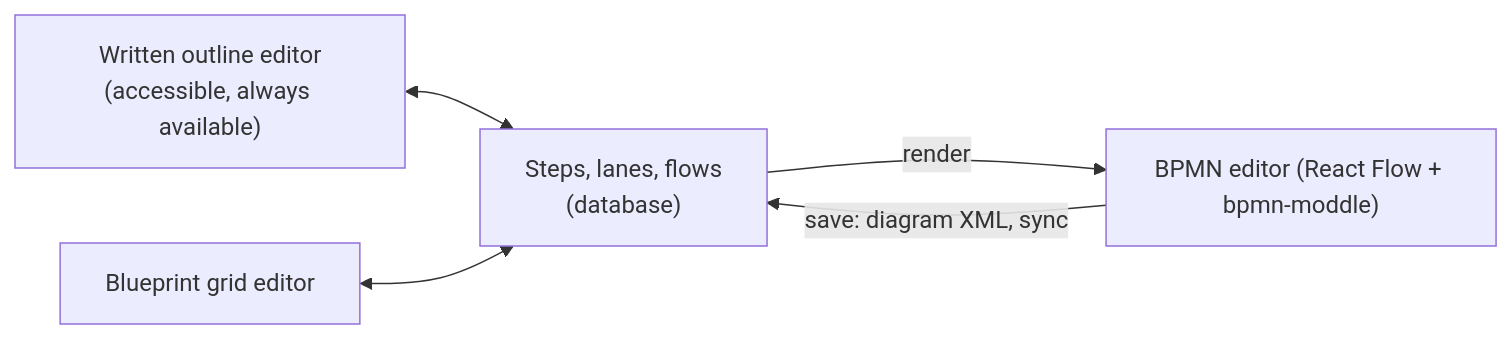
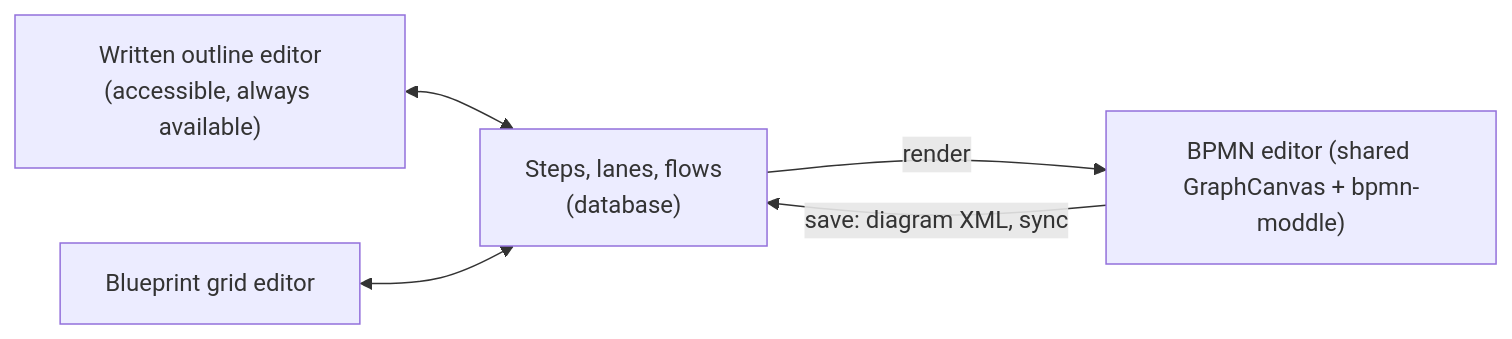
The third of 5 diagrams in docs/plans/module-16-workflow-capture-plan.md (ballardr/reqtrackmanager), drawn with Mermaid before and after one commit. The commit also changed other lines of this file and 784 other files, not shown here.

First line of the commit message:
Feature/system architecture diagrams (#75)

````diff
--- a/docs/plans/module-16-workflow-capture-plan.md
+++ b/docs/plans/module-16-workflow-capture-plan.md
@@ -107,7 +107,7 @@
 ```mermaid
 flowchart LR
     OUT["Written outline editor<br/>(accessible, always available)"] <--> MODEL["Steps, lanes, flows<br/>(database)"]
-    BPMN["BPMN editor (React Flow + bpmn-moddle)"] -- "save: diagram XML, sync" --> MODEL
+    BPMN["BPMN editor (shared GraphCanvas + bpmn-moddle)"] -- "save: diagram XML, sync" --> MODEL
     MODEL -- "render" --> BPMN
     GRID["Blueprint grid editor"] <--> MODEL
 ```
````
